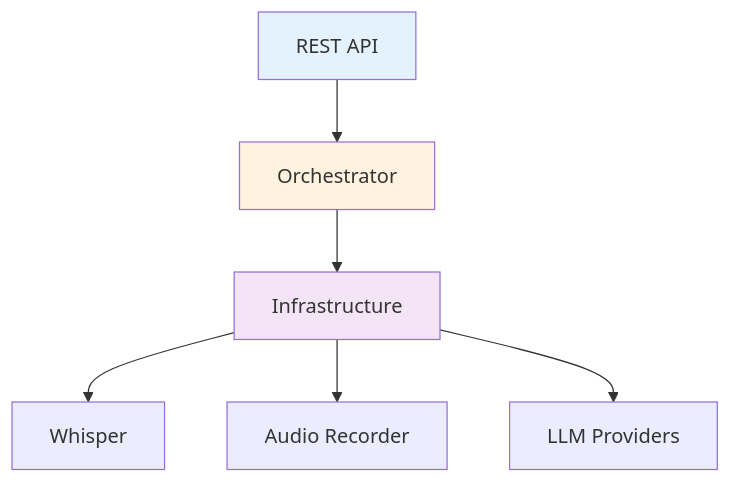
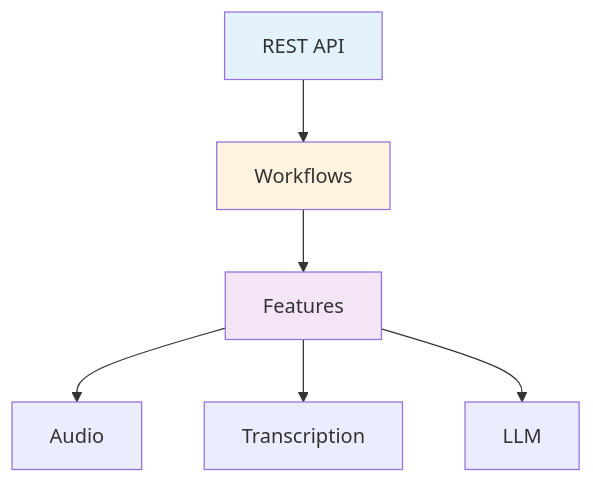
Before and after one commit to zarvent/v2m-lab: the diagram in docs/docs/en/api/backend/index.md, drawn with Mermaid. The commit also changed other lines of this file and 42 other files, not shown here.

````diff
--- a/docs/docs/en/api/backend/index.md
+++ b/docs/docs/en/api/backend/index.md
@@ -31,12 +39,12 @@
 ```mermaid
 graph TD
-    A[REST API] --> B[Orchestrator]
-    B --> C[Infrastructure]
-    C --> D[Whisper]
-    C --> E[Audio Recorder]
-    C --> F[LLM Providers]
+    A[REST API] --> B[Workflows]
+    B --> C[Features]
+    C --> D[Audio]
+    C --> E[Transcription]
+    C --> F[LLM]
 
     style A fill:#e3f2fd
     style B fill:#fff3e0
     style C fill:#f3e5f5
 ```
````
